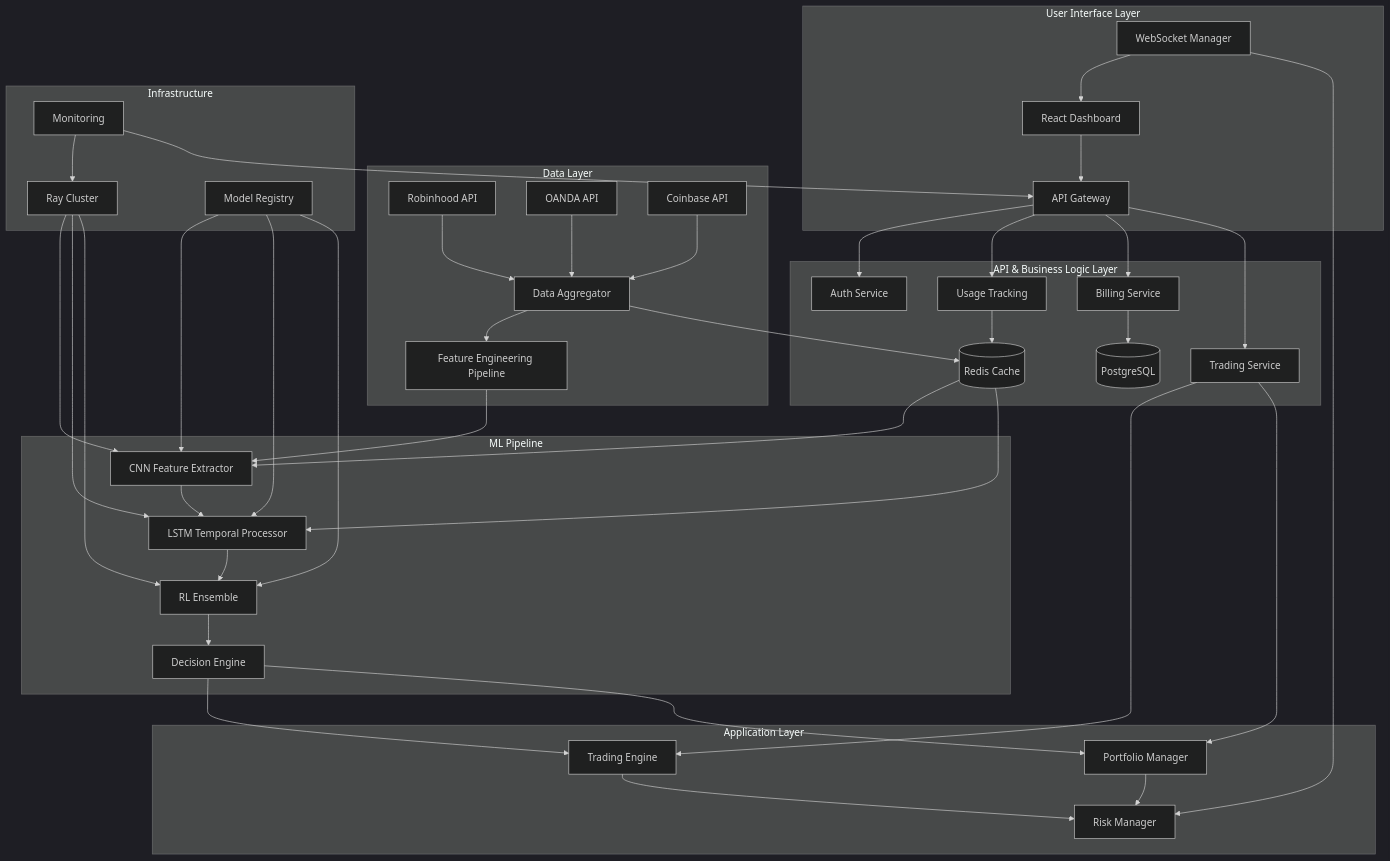
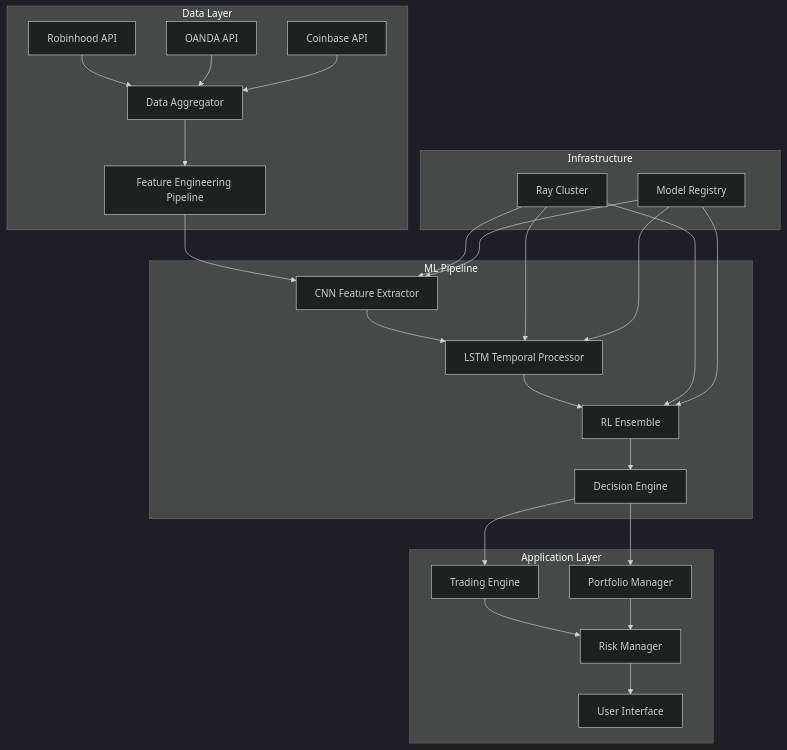
The diagram in .kiro/specs/ai-trading-platform/design.md (Zzzero-hash/Trade-Agent), drawn with Mermaid (dark theme) before and after one commit. The commit also changed other lines of this file and 40 other files, not shown here.

First line of the commit message:
refactor(monitoring): simplify architecture diagram and update tests

````diff
--- a/.kiro/specs/ai-trading-platform/design.md
+++ b/.kiro/specs/ai-trading-platform/design.md
@@ -11,54 +11,33 @@
 ```mermaid
 graph TB
-    subgraph "User Interface Layer"
-        UI[React Dashboard] --> API[API Gateway]
-        WS[WebSocket Manager] --> UI
-    end
-    
-    subgraph "API & Business Logic Layer"
-        API --> AUTH[Auth Service]
-        API --> USAGE[Usage Tracking]
-        API --> BILLING[Billing Service]
-        API --> TRADING[Trading Service]
-        USAGE --> REDIS[(Redis Cache)]
-        BILLING --> DB[(PostgreSQL)]
-    end
-    
     subgraph "Data Layer"
         A[Robinhood API] --> D[Data Aggregator]
         B[OANDA API] --> D
         C[Coinbase API] --> D
         D --> E[Feature Engineering Pipeline]
-        D --> REDIS
     end
     
     subgraph "ML Pipeline"
         E --> F[CNN Feature Extractor]
         F --> G[LSTM Temporal Processor]
         G --> H[RL Ensemble]
         H --> I[Decision Engine]
-        REDIS --> F
-        REDIS --> G
     end
     
     subgraph "Application Layer"
         I --> J[Trading Engine]
         I --> K[Portfolio Manager]
         J --> L[Risk Manager]
         K --> L
-        TRADING --> J
-        TRADING --> K
-        WS --> L
+        L --> M[User Interface]
     end
     
     subgraph "Infrastructure"
         N[Ray Cluster] --> F
         N --> G
         N --> H
         O[Model Registry] --> F
         O --> G
         O --> H
-        MONITOR[Monitoring] --> N
-        MONITOR --> API
     end
 ```
````
